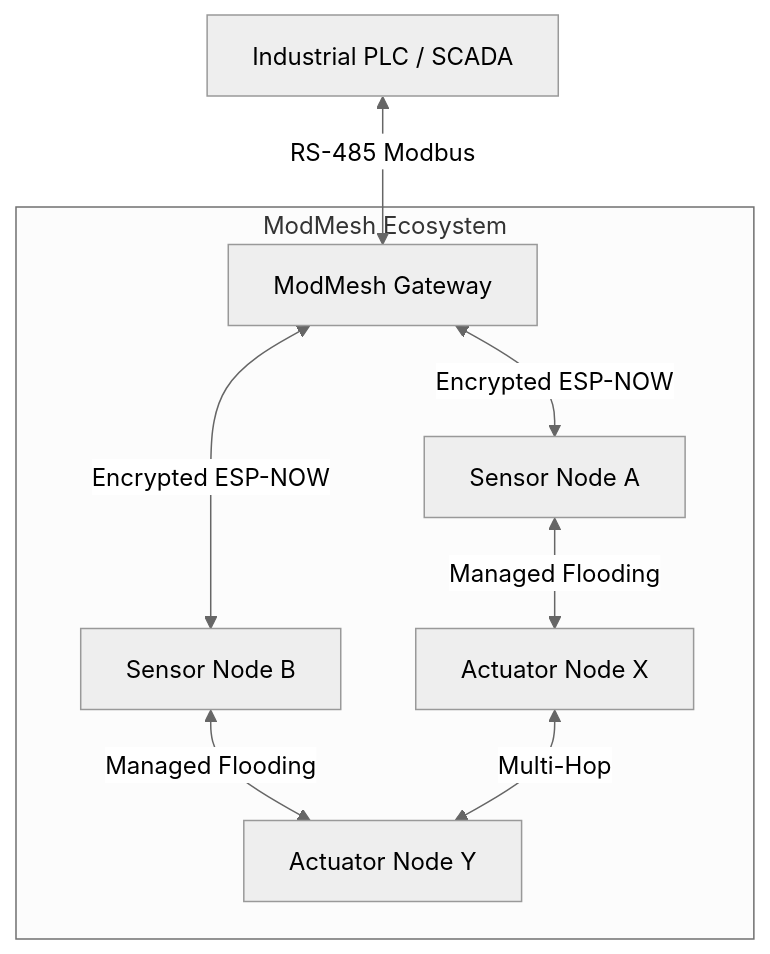
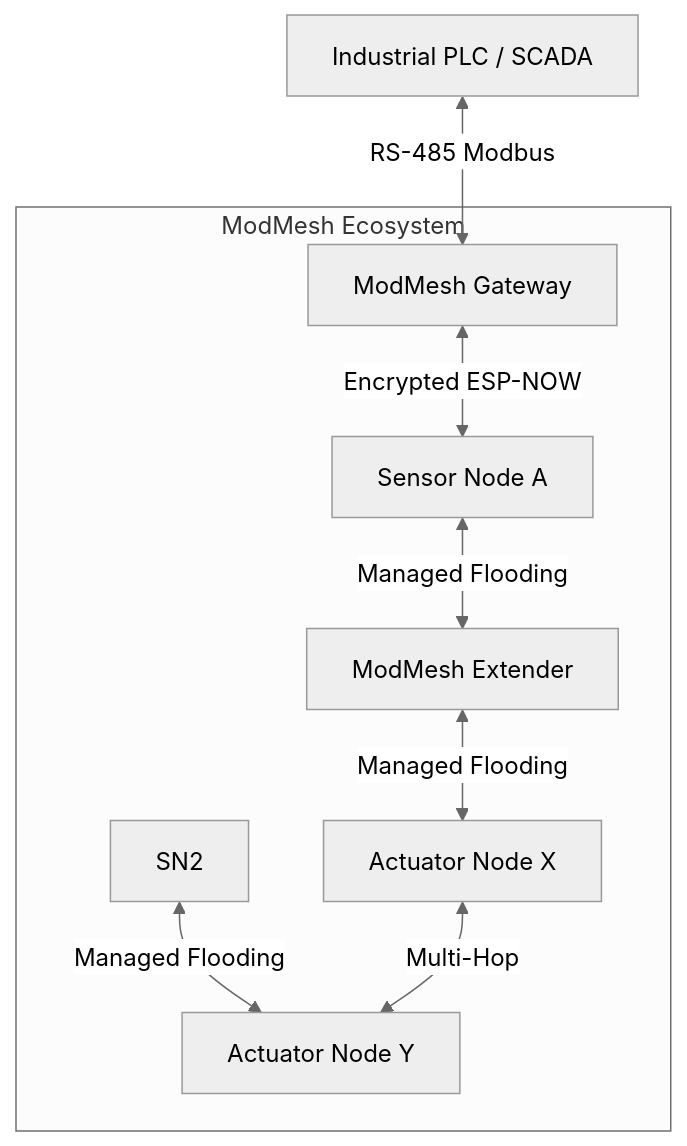
The diagram in README.md (dzmarkets/ModMesh), drawn with Mermaid (neutral theme) before and after one commit. The commit also changed 1 other file, not shown here.

Commit message:
feat: Add Extender submodule and update system architecture documentation

````diff
--- a/README.md
+++ b/README.md
@@ -32,17 +32,18 @@
 ```mermaid
 graph TD
     PLC[Industrial PLC / SCADA] <-->|RS-485 Modbus| GW[ModMesh Gateway]
     GW <-->|Encrypted ESP-NOW| SN1[Sensor Node A]
-    GW <-->|Encrypted ESP-NOW| SN2[Sensor Node B]
-    SN1 <-->|Managed Flooding| AC1[Actuator Node X]
+    SN1 <-->|Managed Flooding| EX[ModMesh Extender]
+    EX <-->|Managed Flooding| AC1[Actuator Node X]
     SN2 <-->|Managed Flooding| AC2[Actuator Node Y]
     AC1 <-->|Multi-Hop| AC2
     
     subgraph "ModMesh Ecosystem"
     GW
     SN1
     SN2
+    EX
     AC1
     AC2
     end
 ```
````
